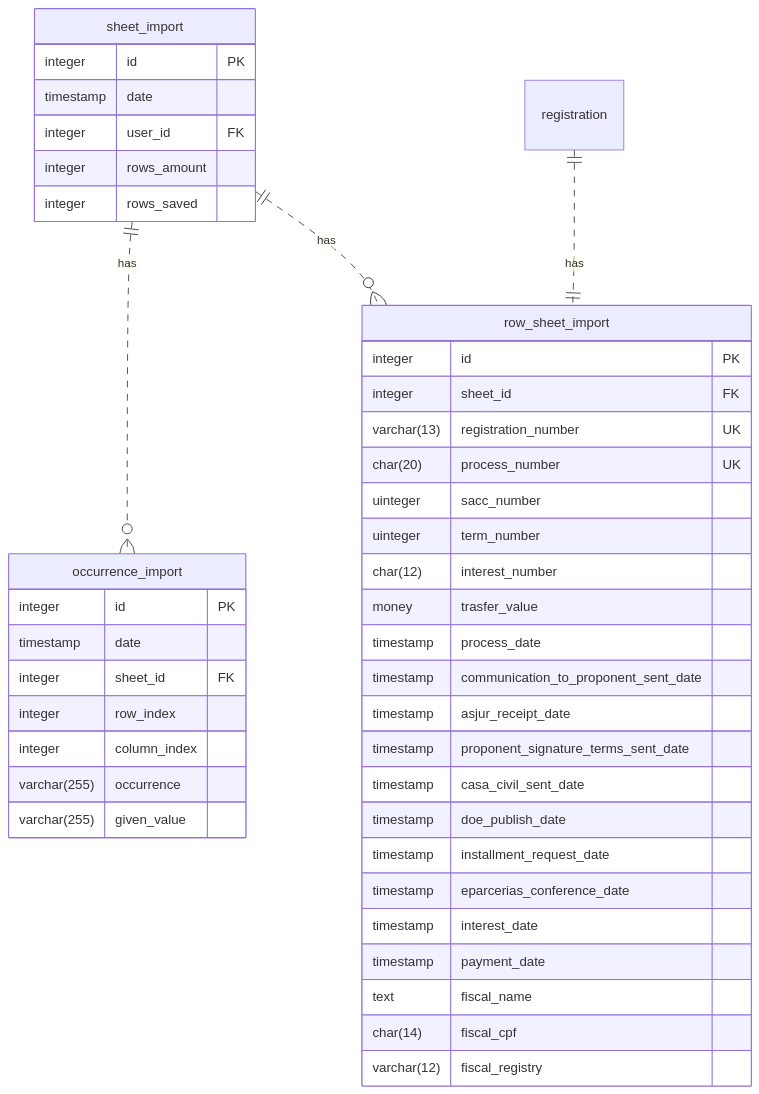
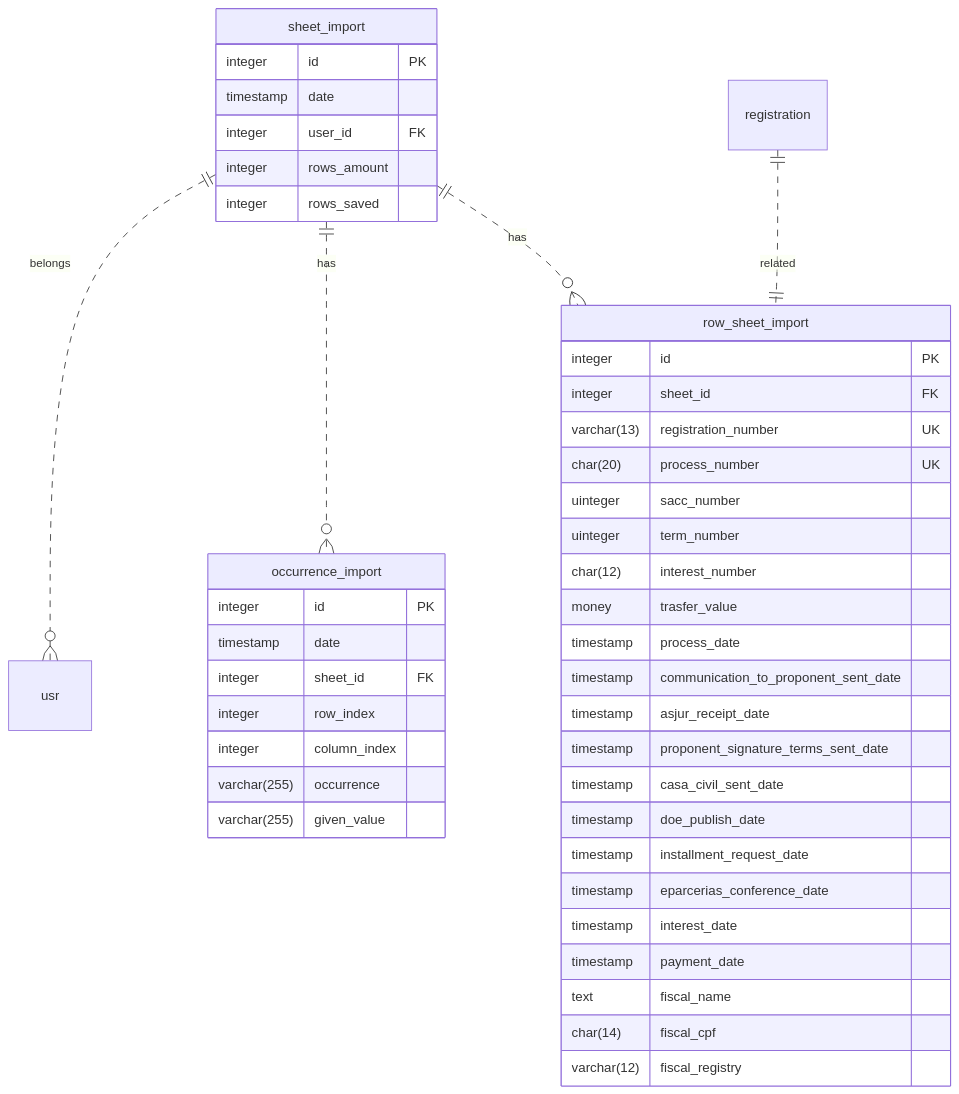
The diagram in README.md (secultce/plugin-BigSheetImporter), drawn with Mermaid before and after one commit.

Commit message:
docs: Adicionando relacionamento

````diff
--- a/README.md
+++ b/README.md
@@ -7,46 +7,47 @@
 ```mermaid
 erDiagram
+s ||..o{ usr : belongs
 s ||..o{ o : has
 s ||..o{ r : has
-registration ||..|| r : has
+registration ||..|| r : related
 
 s[sheet_import]{
     integer       id                      PK
     timestamp     date
     integer       user_id                 FK
     integer       rows_amount
     integer       rows_saved
 }
 o[occurrence_import]{
     integer       id                      PK
     timestamp     date
     integer       sheet_id                FK
     integer       row_index
     integer       column_index
     varchar(255)  occurrence
     varchar(255)  given_value
 }
 r[row_sheet_import]{
     integer       id                      PK
     integer       sheet_id                FK
     varchar(13)   registration_number     UK
     char(20)      process_number          UK
     uinteger      sacc_number
     uinteger      term_number
     char(12)      interest_number
     money         trasfer_value
     timestamp     process_date
     timestamp     communication_to_proponent_sent_date
     timestamp     asjur_receipt_date
     timestamp     proponent_signature_terms_sent_date
     timestamp     casa_civil_sent_date
     timestamp     doe_publish_date
     timestamp     installment_request_date
     timestamp     eparcerias_conference_date
     timestamp     interest_date
     timestamp     payment_date
     text          fiscal_name
     char(14)      fiscal_cpf
     varchar(12)   fiscal_registry
 }
 ```
````
